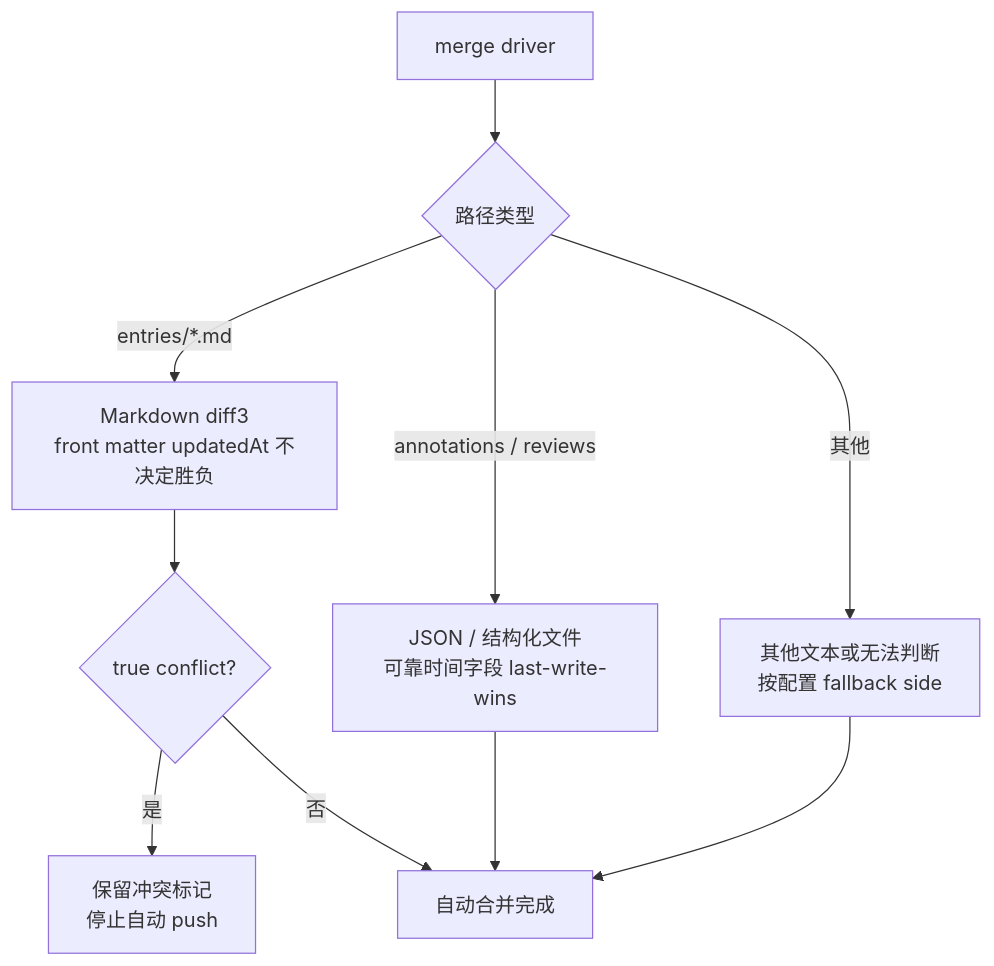
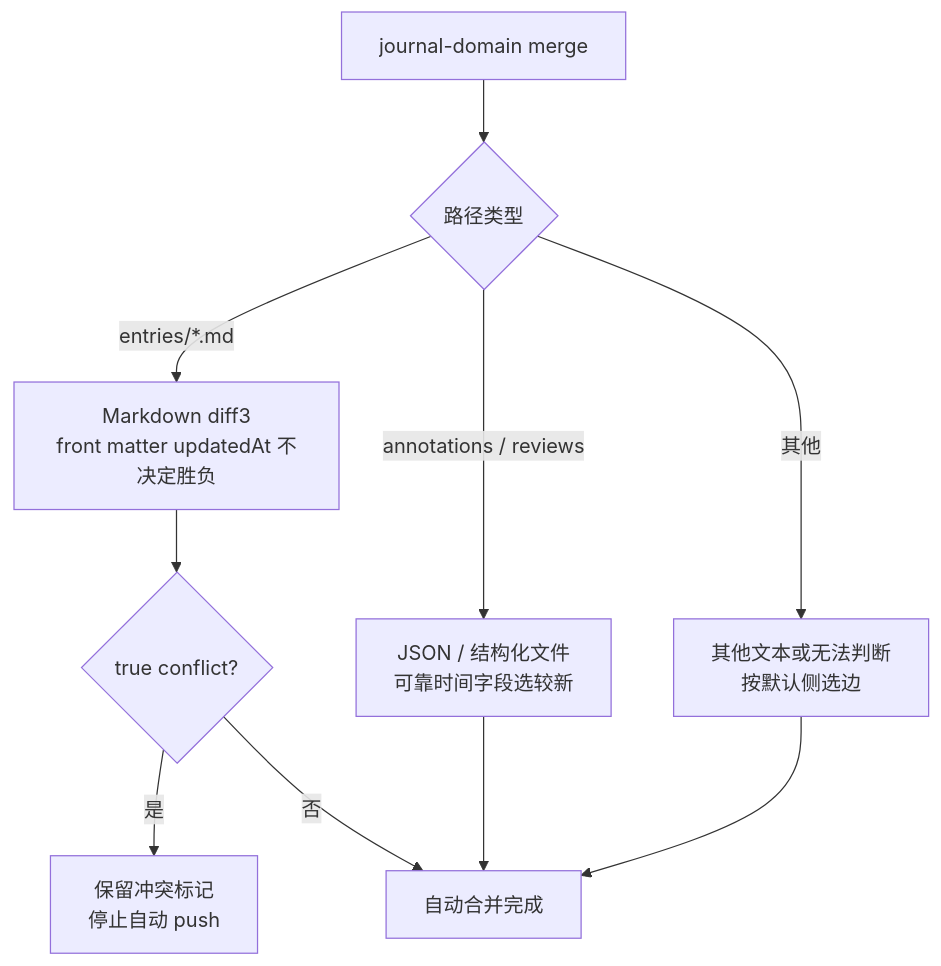
Before and after one commit to nazhenhuiyi/journal: the sixth of 6 diagrams in docs/product/Git 同步机制.md, drawn with Mermaid. The commit also changed other lines of this file and 42 other files, not shown here.

````diff
--- a/docs/product/Git 同步机制.md
+++ b/docs/product/Git 同步机制.md
@@ -249,18 +261,18 @@
 ```mermaid
 flowchart TD
-  merge["merge driver"]
+  merge["journal-domain merge"]
   type{"路径类型"}
   markdown["Markdown diff3<br/>front matter updatedAt 不决定胜负"]
-  json["JSON / 结构化文件<br/>可靠时间字段 last-write-wins"]
-  fallback["其他文本或无法判断<br/>按配置 fallback side"]
+  json["JSON / 结构化文件<br/>可靠时间字段选较新"]
+  defaultSide["其他文本或无法判断<br/>按默认侧选边"]
   conflict{"true conflict?"}
   markers["保留冲突标记<br/>停止自动 push"]
   clean["自动合并完成"]
 
   merge --> type
   type -- "entries/*.md" --> markdown --> conflict
   type -- "annotations / reviews" --> json --> clean
-  type -- "其他" --> fallback --> clean
+  type -- "其他" --> defaultSide --> clean
   conflict -- 是 --> markers
   conflict -- 否 --> clean
 ```
````
